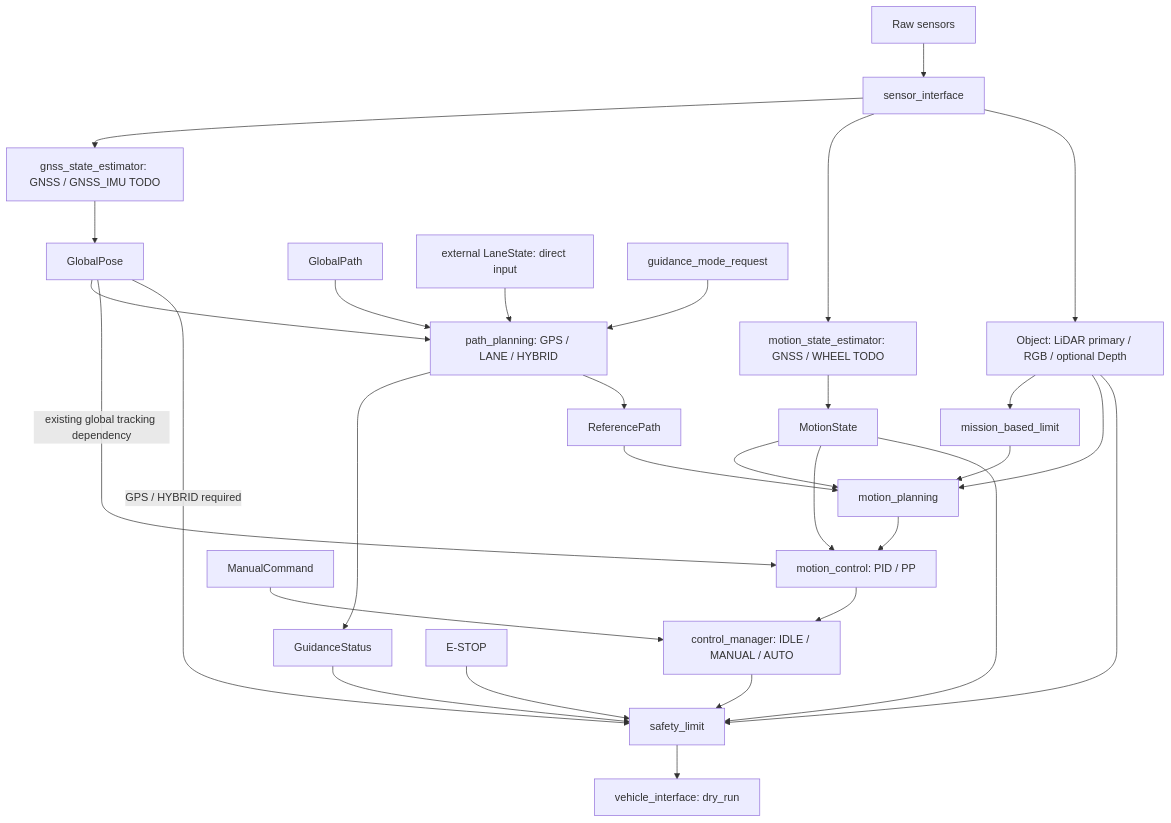
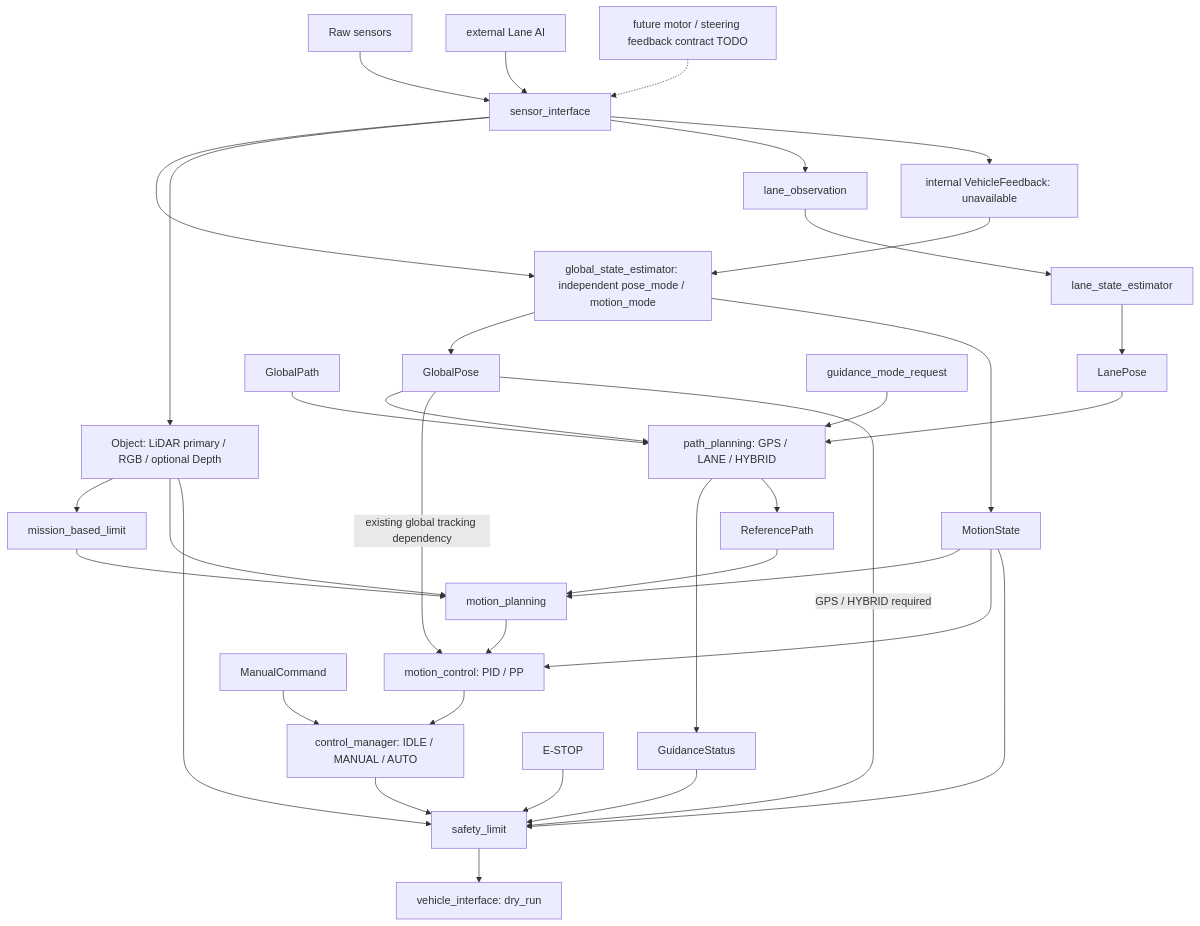
The second of 4 diagrams in doc/guidance_modes.md (planta223/control_manager), drawn with Mermaid before and after one commit. The commit also changed other lines of this file and 30 other files, not shown here.

````diff
--- a/doc/guidance_modes.md
+++ b/doc/guidance_modes.md
@@ -40,32 +42,38 @@
 ```mermaid
 flowchart TD
   S[Raw sensors] --> SI[sensor_interface]
-  SI --> E[gnss_state_estimator: GNSS / GNSS_IMU TODO]
+  SI --> E[global_state_estimator: independent pose_mode / motion_mode]
   E --> GP[GlobalPose]
-  SI --> ME[motion_state_estimator: GNSS / WHEEL TODO]
-  ME --> MS[MotionState]
+  E --> MS[MotionState]
   SI --> O[Object: LiDAR primary / RGB / optional Depth]
   GP --> P[path_planning: GPS / LANE / HYBRID]
   G[GlobalPath] --> P
-  L[external LaneState: direct input] --> P
+  L[external Lane AI] --> SI
+  SI --> LO[lane_observation]
+  LO --> LE[lane_state_estimator]
+  LE --> LS[LanePose]
+  LS --> P
+  FB[future motor / steering feedback contract TODO] -.-> SI
+  SI --> VF[internal VehicleFeedback: unavailable]
+  VF --> E
   QG[guidance_mode_request] --> P
   P --> GS[GuidanceStatus]
   P --> RP[ReferencePath]
   RP --> MP[motion_planning]
   MS --> MP
   O --> M[mission_based_limit]
   O --> MP
   M --> MP
   MP --> MC[motion_control: PID / PP]
   MS --> MC
   GP -->|existing global tracking dependency| MC
   MC --> CM[control_manager: IDLE / MANUAL / AUTO]
   U[ManualCommand] --> CM
   CM --> SL[safety_limit]
   GS --> SL
   MS --> SL
   GP -->|GPS / HYBRID required| SL
   O --> SL
   ES[E-STOP] --> SL
   SL --> VI[vehicle_interface: dry_run]
 ```
````
